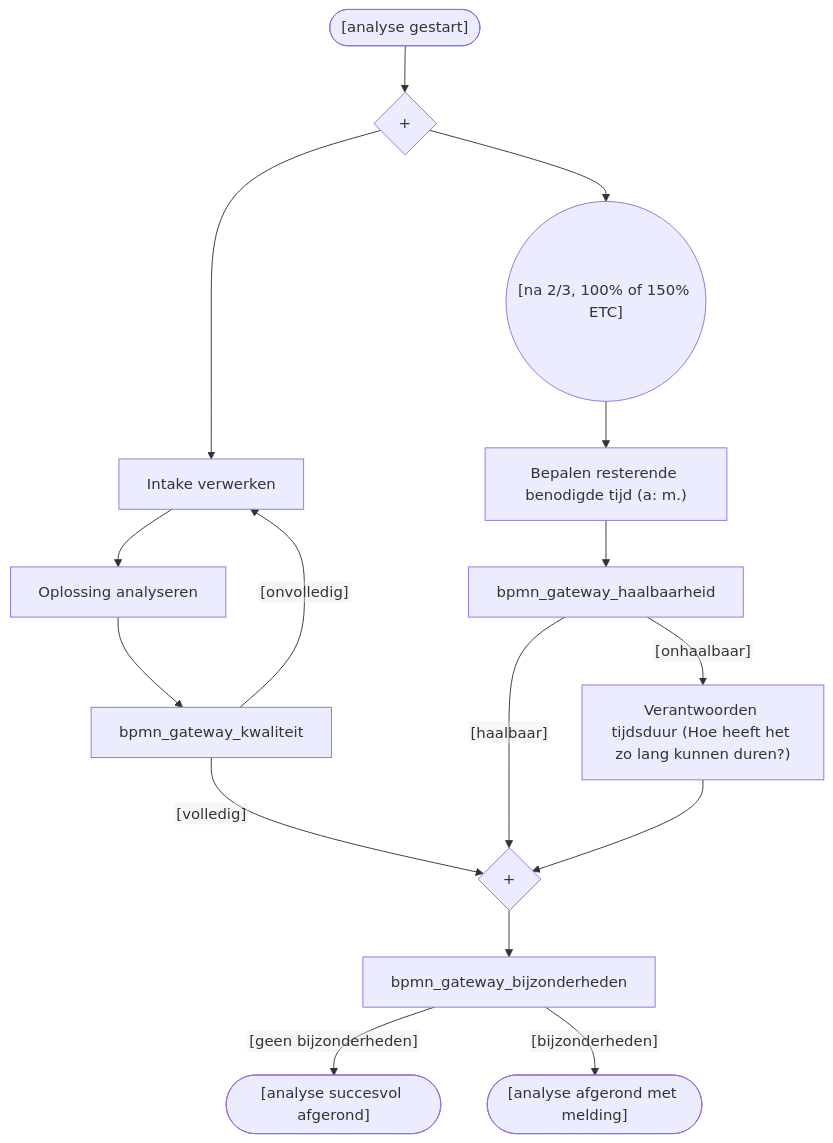
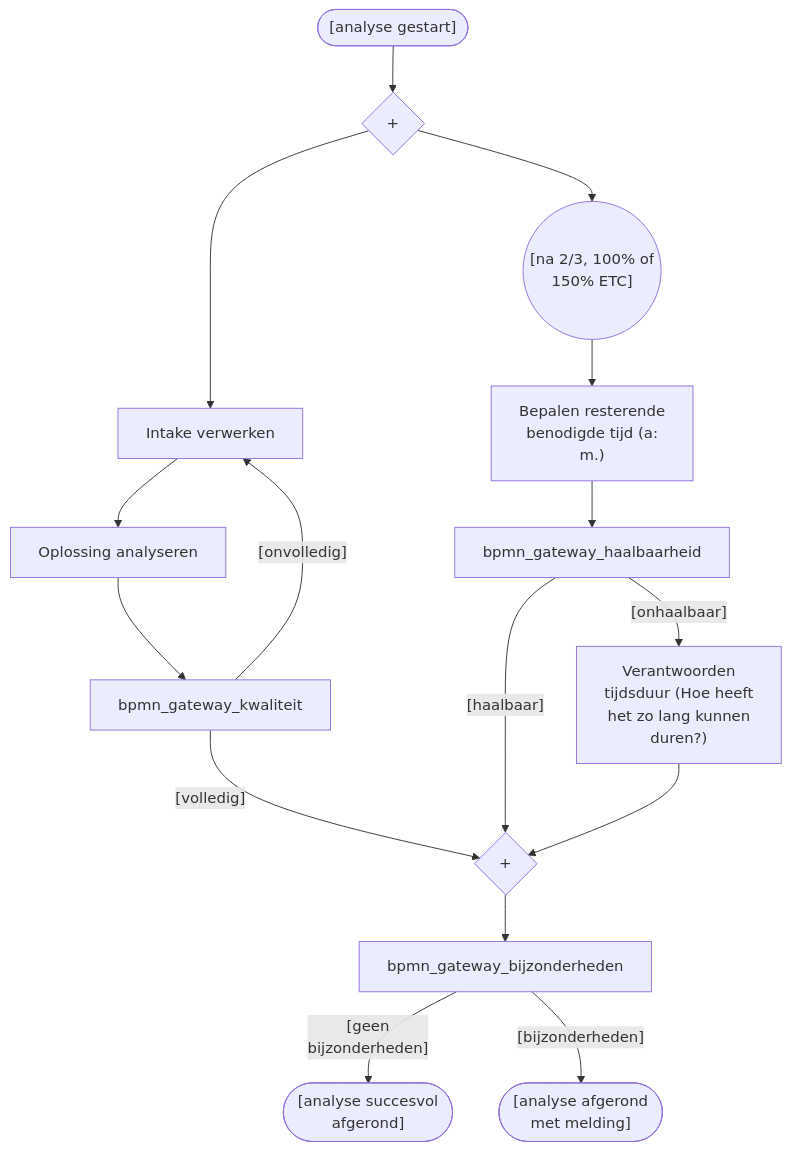
The diagram in 3 Issue Tracker analyse.mermaid (Zaibatsu89/IssueTracker), drawn with Mermaid before and after one commit. The commit also changed 14 other files, not shown here.

```diff
--- a/3 Issue Tracker analyse.mermaid
+++ b/3 Issue Tracker analyse.mermaid
@@ -1,27 +1,27 @@
-%%{init: {'theme': 'default', 'themeVariables': {'fontFamily': 'sans-serif'}, 'flowchart': {'htmlLabels': false}}}%%
+%%{init: {'theme': 'default', 'themeVariables': {'fontFamily': 'sans-serif'}, 'flowchart': {'htmlLabels': true}}}%%
 flowchart TD
     bpmn_start_event(["[analyse gestart]"])
     bpmn_gateway_fork{"+"}
     bpmn_task_intake["Intake verwerken"]
     bpmn_task_oplossing["Oplossing analyseren"]
-    bpmn_event_etc(("[na 2/3, 100% of 150% ETC]"))
-    bpmn_task_inschatting["Bepalen resterende benodigde tijd (a: m.)"]
-    bpmn_task_verantwoording["Verantwoorden tijdsduur (Hoe heeft het zo lang kunnen duren?)"]
+    bpmn_event_etc(("[na 2/3, 100% of<br>150% ETC]"))
+    bpmn_task_inschatting["Bepalen resterende<br>benodigde tijd (a:<br>m.)"]
+    bpmn_task_verantwoording["Verantwoorden<br>tijdsduur (Hoe heeft<br>het zo lang kunnen<br>duren?)"]
     bpmn_gateway_join{"+"}
-    bpmn_end_regulier(["[analyse succesvol afgerond]"])
-    bpmn_end_bijzonderheden(["[analyse afgerond met melding]"])
+    bpmn_end_regulier(["[analyse succesvol<br>afgerond]"])
+    bpmn_end_bijzonderheden(["[analyse afgerond<br>met melding]"])
     bpmn_gateway_kwaliteit -->|"[onvolledig]"| bpmn_task_intake
     bpmn_gateway_kwaliteit -->|"[volledig]"| bpmn_gateway_join
     bpmn_gateway_haalbaarheid -->|"[haalbaar]"| bpmn_gateway_join
     bpmn_gateway_haalbaarheid -->|"[onhaalbaar]"| bpmn_task_verantwoording
-    bpmn_gateway_bijzonderheden -->|"[geen bijzonderheden]"| bpmn_end_regulier
+    bpmn_gateway_bijzonderheden -->|"[geen<br>bijzonderheden]"| bpmn_end_regulier
     bpmn_gateway_bijzonderheden -->|"[bijzonderheden]"| bpmn_end_bijzonderheden
     bpmn_start_event --> bpmn_gateway_fork
     bpmn_gateway_fork --> bpmn_task_intake
     bpmn_gateway_fork --> bpmn_event_etc
     bpmn_task_intake --> bpmn_task_oplossing
     bpmn_task_oplossing --> bpmn_gateway_kwaliteit
     bpmn_event_etc --> bpmn_task_inschatting
     bpmn_task_inschatting --> bpmn_gateway_haalbaarheid
     bpmn_task_verantwoording --> bpmn_gateway_join
     bpmn_gateway_join --> bpmn_gateway_bijzonderheden
```
